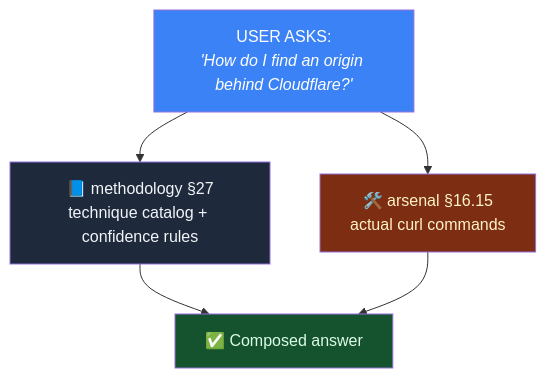
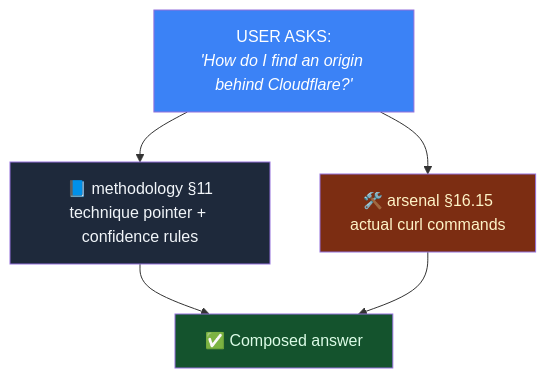
The first of 8 diagrams in docs/architecture.md (elementalsouls/Claude-OSINT), drawn with Mermaid before and after one commit. The commit also changed other lines of this file and 3 other files, not shown here.

````diff
--- a/docs/architecture.md
+++ b/docs/architecture.md
@@ -12,15 +14,15 @@
 ```mermaid
 flowchart TD
     U["USER ASKS:<br/><i>'How do I find an origin behind Cloudflare?'</i>"]
-    M["📘 methodology §27<br/>technique catalog + confidence rules"]
+    M["📘 methodology §11<br/>technique pointer + confidence rules"]
     A["🛠️ arsenal §16.15<br/>actual curl commands"]
     O["✅ Composed answer"]
     U --> M
     U --> A
     M --> O
     A --> O
     style U fill:#3b82f6,color:#fff
     style M fill:#1e293b,color:#f1f5f9
     style A fill:#7c2d12,color:#fef3c7
     style O fill:#14532d,color:#dcfce7
 ```
````
